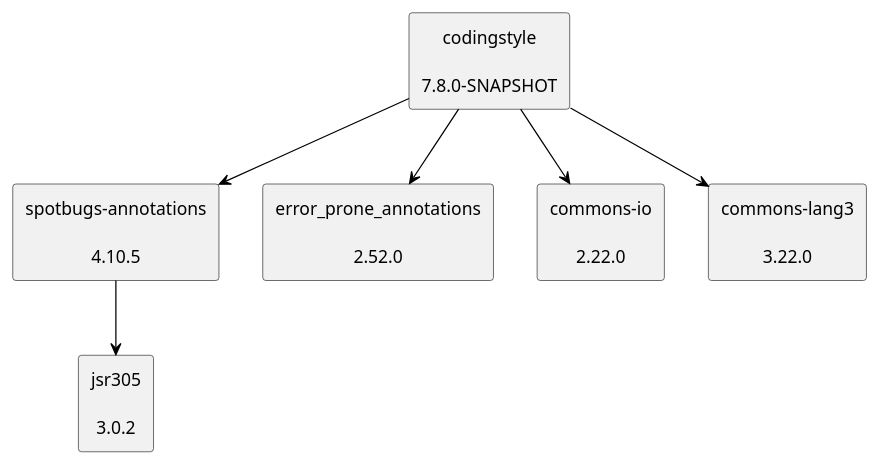
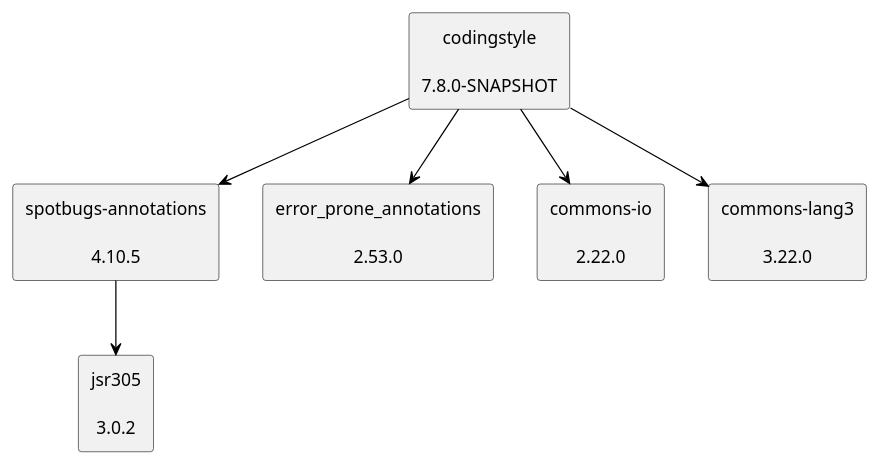
One commit to uhafner/codingstyle changed the diagram in doc/dependency-graph.puml. Above: the diagram before and after it, drawn with PlantUML.

Commit message:
Update dependency graph to latest versions from POM

```diff
--- a/doc/dependency-graph.puml
+++ b/doc/dependency-graph.puml
@@ -1,20 +1,20 @@
 @startuml
 skinparam defaultTextAlignment center
 skinparam rectangle {
   BackgroundColor<<optional>> beige
   BackgroundColor<<test>> lightGreen
   BackgroundColor<<runtime>> lightBlue
   BackgroundColor<<provided>> lightGray
 }
 rectangle "spotbugs-annotations\n\n4.10.5" as com_github_spotbugs_spotbugs_annotations_jar
 rectangle "jsr305\n\n3.0.2" as com_google_code_findbugs_jsr305_jar
 rectangle "codingstyle\n\n7.8.0-SNAPSHOT" as edu_hm_hafner_codingstyle_jar
-rectangle "error_prone_annotations\n\n2.52.0" as com_google_errorprone_error_prone_annotations_jar
+rectangle "error_prone_annotations\n\n2.53.0" as com_google_errorprone_error_prone_annotations_jar
 rectangle "commons-io\n\n2.22.0" as commons_io_commons_io_jar
 rectangle "commons-lang3\n\n3.22.0" as org_apache_commons_commons_lang3_jar
 com_github_spotbugs_spotbugs_annotations_jar -[#000000]-> com_google_code_findbugs_jsr305_jar
 edu_hm_hafner_codingstyle_jar -[#000000]-> com_github_spotbugs_spotbugs_annotations_jar
 edu_hm_hafner_codingstyle_jar -[#000000]-> com_google_errorprone_error_prone_annotations_jar
 edu_hm_hafner_codingstyle_jar -[#000000]-> commons_io_commons_io_jar
 edu_hm_hafner_codingstyle_jar -[#000000]-> org_apache_commons_commons_lang3_jar
 @enduml
```
